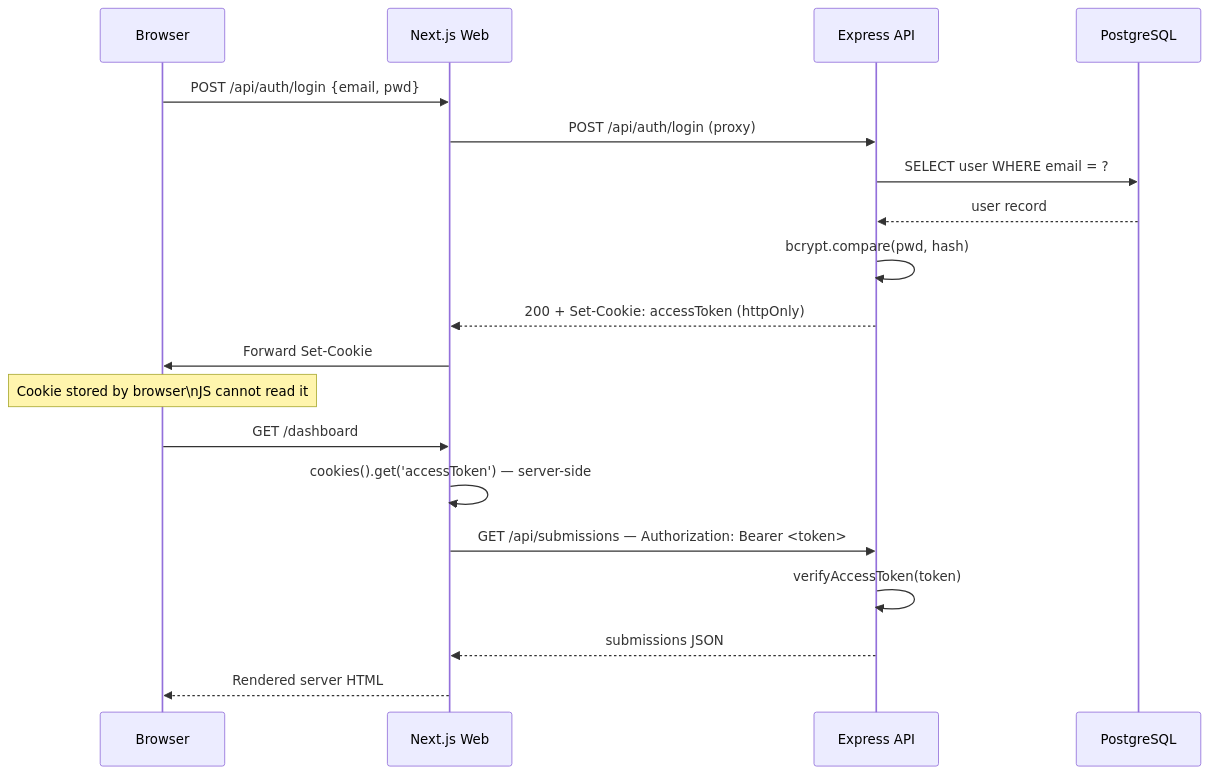
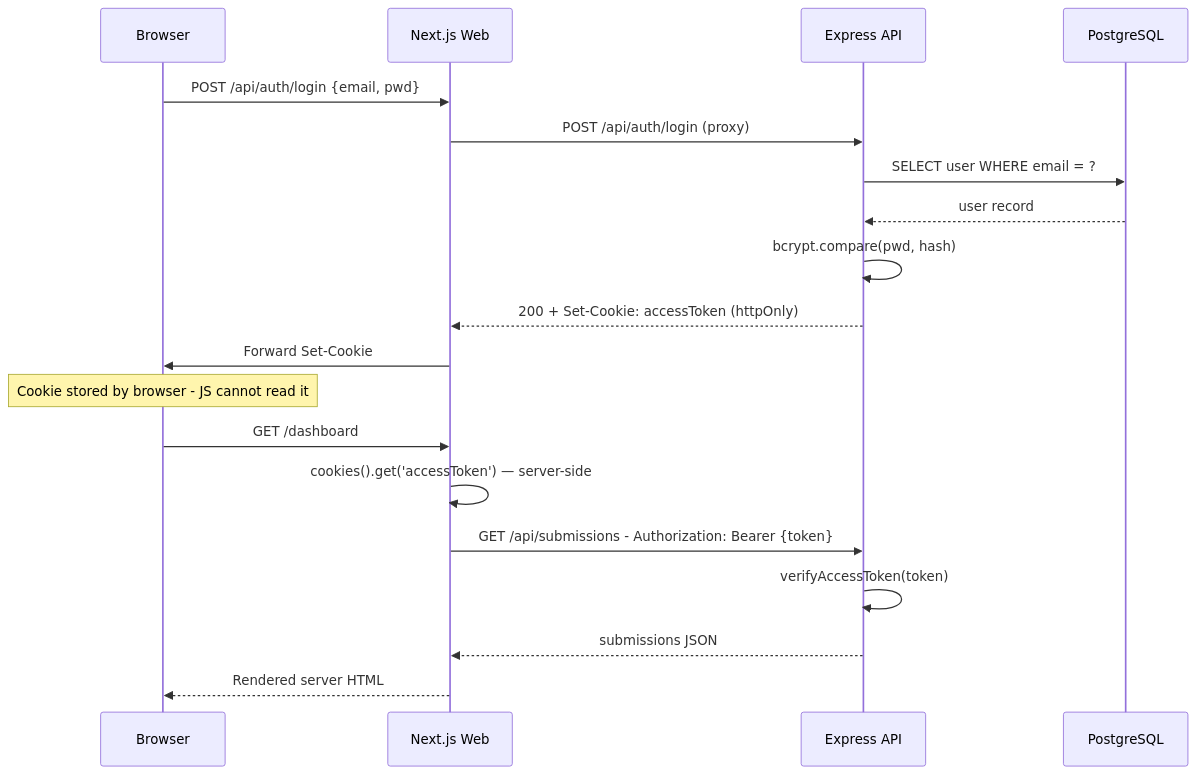
Before and after one commit to Aryan4717/fullstack-l2-assignment: the third of 13 diagrams in README.md, drawn with Mermaid. The commit also changed other lines of this file, not shown here.

Commit message:
repair unclosed Mermaid code fence and sanitize diagram syntax for GitHub renderer

````diff
--- a/README.md
+++ b/README.md
@@ -303,22 +303,22 @@
 ```mermaid
 sequenceDiagram
     participant B as Browser
     participant W as Next.js Web
     participant A as Express API
     participant DB as PostgreSQL
 
     B->>W: POST /api/auth/login {email, pwd}
     W->>A: POST /api/auth/login (proxy)
     A->>DB: SELECT user WHERE email = ?
     DB-->>A: user record
     A->>A: bcrypt.compare(pwd, hash)
     A-->>W: 200 + Set-Cookie: accessToken (httpOnly)
     W->>B: Forward Set-Cookie
-    Note over B: Cookie stored by browser\nJS cannot read it
+    Note over B: Cookie stored by browser - JS cannot read it
     B->>W: GET /dashboard
     W->>W: cookies().get('accessToken') — server-side
-    W->>A: GET /api/submissions — Authorization: Bearer <token>
+    W->>A: GET /api/submissions - Authorization: Bearer {token}
     A->>A: verifyAccessToken(token)
     A-->>W: submissions JSON
     W-->>B: Rendered server HTML
 ```
````
